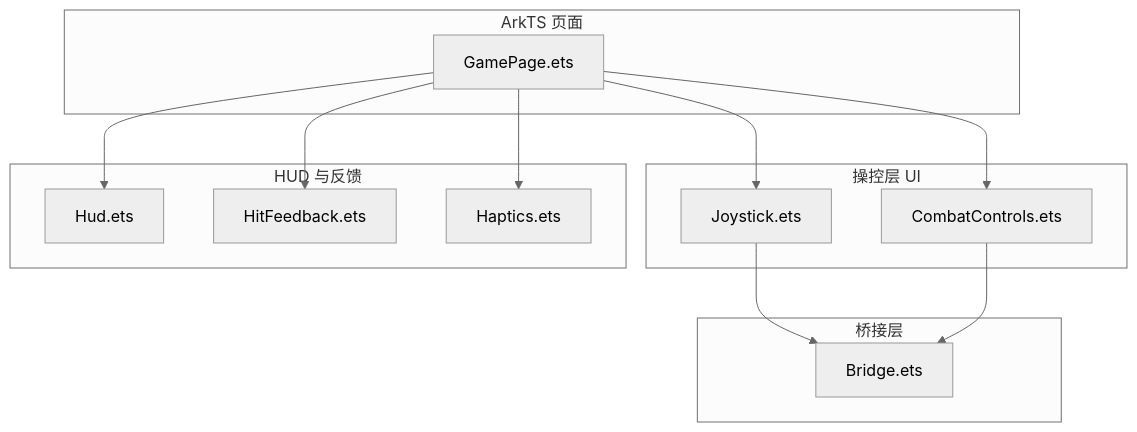
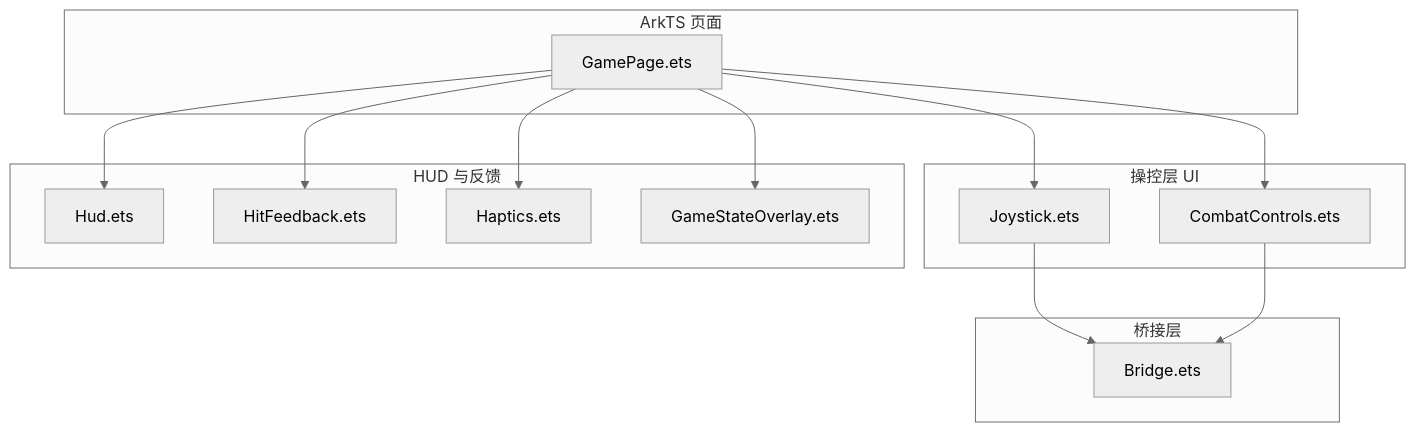
Before and after one commit to sj123sheng/my-world: the first of 7 diagrams in .qoder/repowiki/zh/content/前端界面系统/战斗视觉反馈系统.md, drawn with Mermaid (neutral theme). The commit also changed other lines of this file and 160 other files, not shown here.

````diff
--- a/.qoder/repowiki/zh/content/前端界面系统/战斗视觉反馈系统.md
+++ b/.qoder/repowiki/zh/content/前端界面系统/战斗视觉反馈系统.md
@@ -43,25 +52,27 @@
 ```mermaid
 graph TB
 subgraph "ArkTS 页面"
 GP["GamePage.ets"]
 end
 subgraph "操控层 UI"
 JS["Joystick.ets"]
 CC["CombatControls.ets"]
 end
 subgraph "HUD 与反馈"
 HD["Hud.ets"]
 HF["HitFeedback.ets"]
 HP["Haptics.ets"]
+GSO["GameStateOverlay.ets"]
 end
 subgraph "桥接层"
 BR["Bridge.ets"]
 end
 GP --> JS
 GP --> CC
 GP --> HD
 GP --> HF
 GP --> HP
+GP --> GSO
 JS --> BR
 CC --> BR
 ```
````
